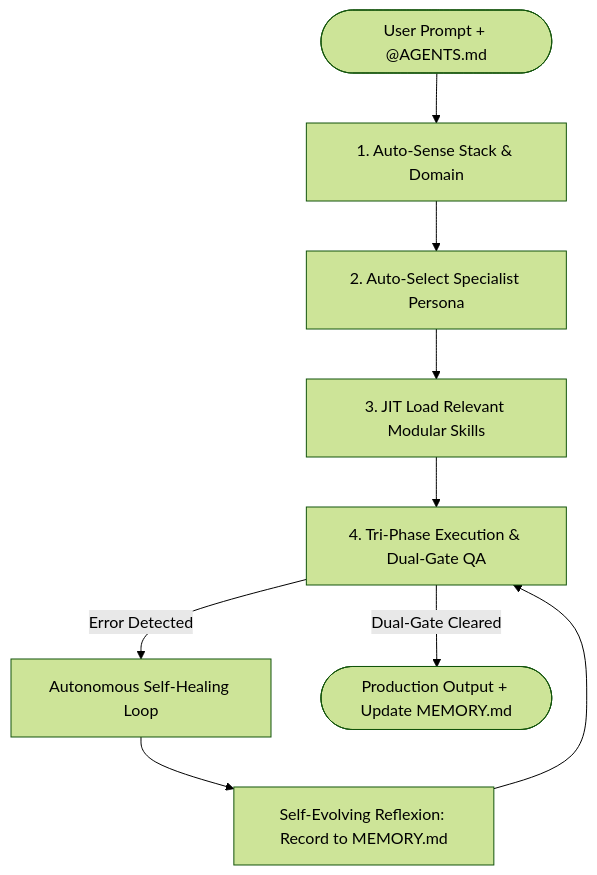
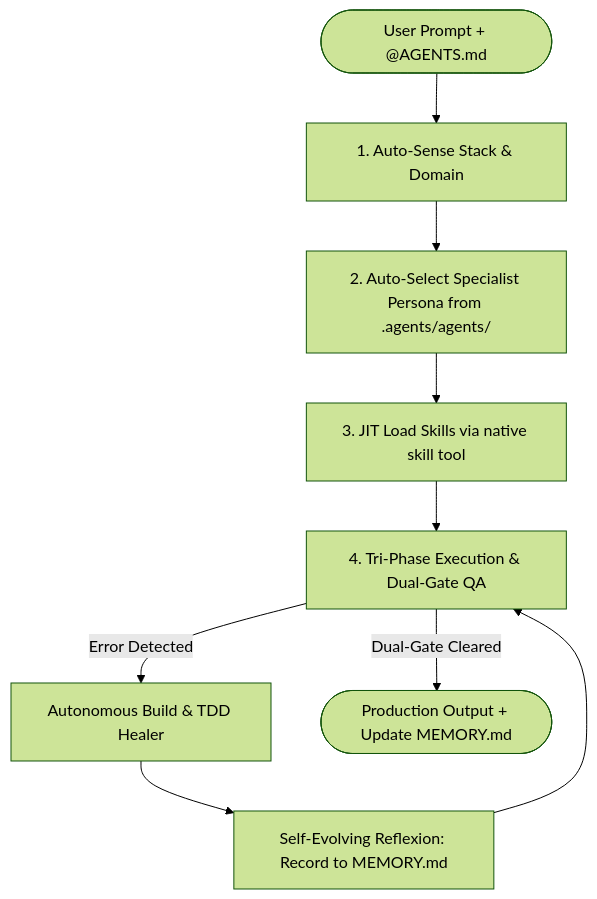
Before and after one commit to FerzDevZ/portofolio: the diagram in AGENTS.md, drawn with Mermaid (forest theme). The commit also changed other lines of this file and 52 other files, not shown here.

````diff
--- a/AGENTS.md
+++ b/AGENTS.md
@@ -10,11 +16,11 @@
 ```mermaid
 graph TD
     Trigger([User Prompt + @AGENTS.md]) --> Step1[1. Auto-Sense Stack & Domain]
-    Step1 --> Step2[2. Auto-Select Specialist Persona]
-    Step2 --> Step3[3. JIT Load Relevant Modular Skills]
+    Step1 --> Step2[2. Auto-Select Specialist Persona from .agents/agents/]
+    Step2 --> Step3[3. JIT Load Skills via native skill tool]
     Step3 --> Step4[4. Tri-Phase Execution & Dual-Gate QA]
-    Step4 -->|Error Detected| Heal[Autonomous Self-Healing Loop]
+    Step4 -->|Error Detected| Heal[Autonomous Build & TDD Healer]
     Heal --> Reflect[Self-Evolving Reflexion: Record to MEMORY.md]
     Reflect --> Step4
     Step4 -->|Dual-Gate Cleared| Deliver([Production Output + Update MEMORY.md])
 ```
````
